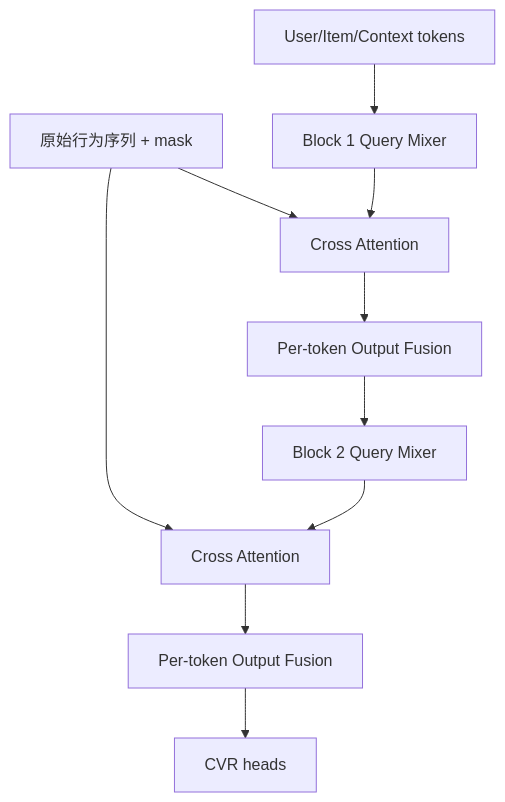
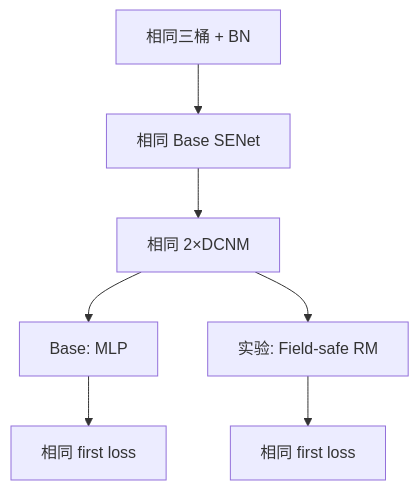
The second of 2 diagrams in rankmixer/CVR_RankMixer_v1_AUC差距诊断与改进路线.md (Bolt00Y/RAS), drawn with Mermaid before and after one commit. The commit also changed other lines of this file and 4 other files, not shown here.

Commit message:
Correct RankMixer base comparison

````diff
--- a/rankmixer/CVR_RankMixer_v1_AUC差距诊断与改进路线.md
+++ b/rankmixer/CVR_RankMixer_v1_AUC差距诊断与改进路线.md
@@ -1149,12 +301,9 @@
-```mermaid
+~~~mermaid
 flowchart TD
-    N["User/Item/Context tokens"] --> Q1["Block 1 Query Mixer"]
-    S["原始行为序列 + mask"] --> CA1["Cross Attention"]
-    Q1 --> CA1
-    CA1 --> F1["Per-token Output Fusion"]
-    F1 --> Q2["Block 2 Query Mixer"]
-    S --> CA2["Cross Attention"]
-    Q2 --> CA2
-    CA2 --> F2["Per-token Output Fusion"]
-    F2 --> H["CVR heads"]
-```
+    X["相同三桶 + BN"] --> S["相同 Base SENet"]
+    S --> D["相同 2×DCNM"]
+    D --> B["Base: MLP"]
+    D --> R["实验: Field-safe RM"]
+    B --> H1["相同 first loss"]
+    R --> H2["相同 first loss"]
+~~~
````
